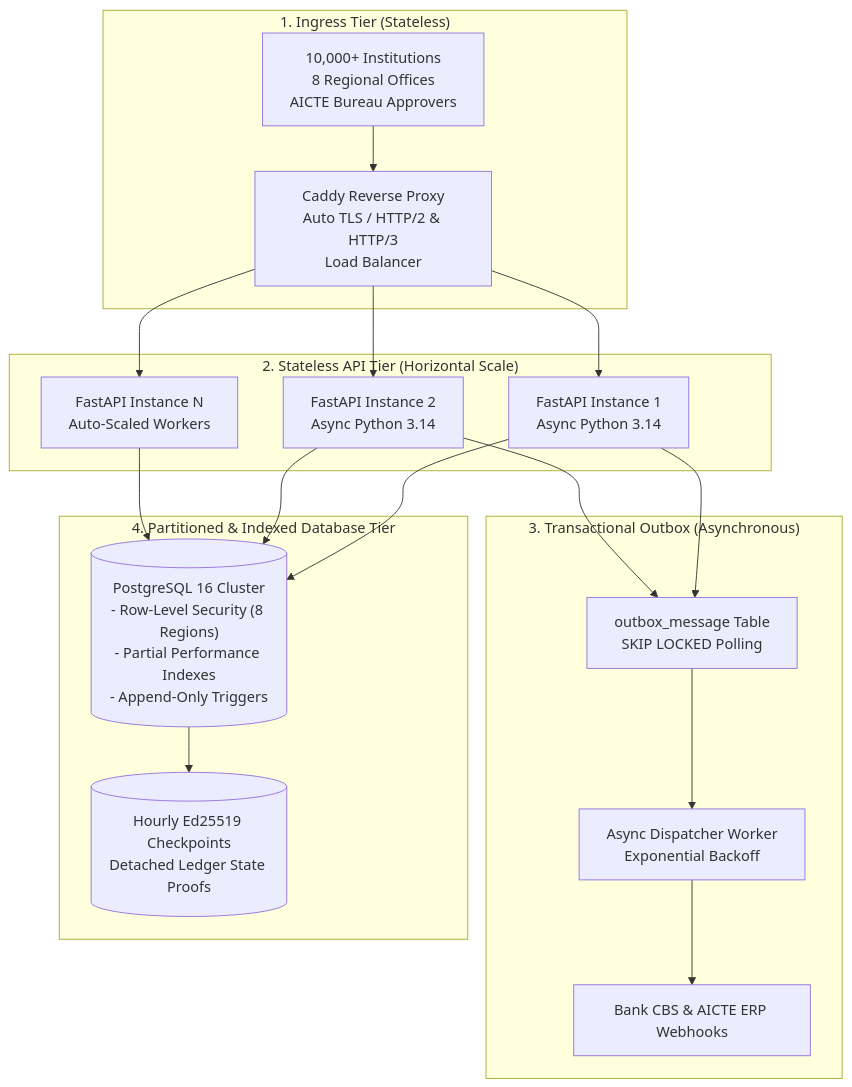
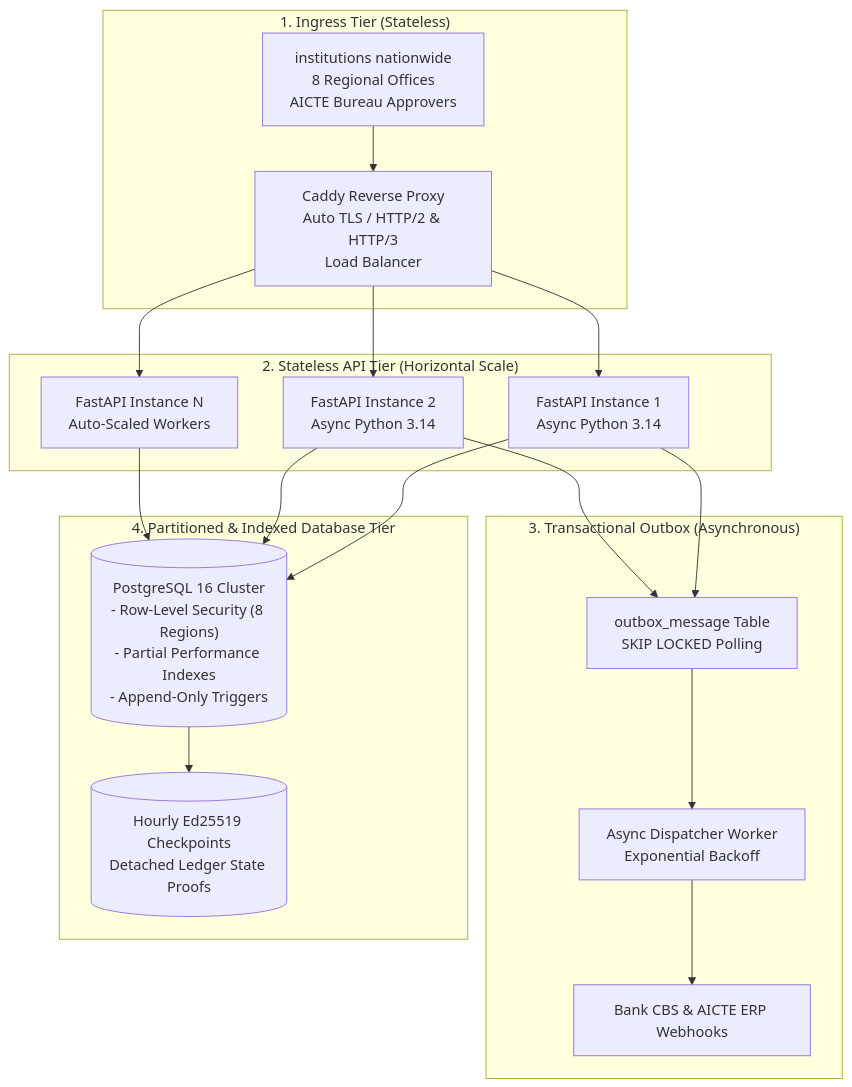
One commit to Sidd2721/AICTE- changed the second of 4 diagrams in docs/ENTERPRISE_PRODUCTION_AND_SCALABILITY_REPORT.md. Above: the diagram before and after it, drawn with Mermaid. The commit also changed other lines of this file and 24 other files, not shown here.

````diff
--- a/docs/ENTERPRISE_PRODUCTION_AND_SCALABILITY_REPORT.md
+++ b/docs/ENTERPRISE_PRODUCTION_AND_SCALABILITY_REPORT.md
@@ -77,37 +77,37 @@
 ```mermaid
 flowchart TD
     subgraph Ingress ["1. Ingress Tier (Stateless)"]
-        CLIENTS["10,000+ Institutions<br/>8 Regional Offices<br/>AICTE Bureau Approvers"]
+        CLIENTS["institutions nationwide<br/>8 Regional Offices<br/>AICTE Bureau Approvers"]
         CADDY["Caddy Reverse Proxy<br/>Auto TLS / HTTP/2 & HTTP/3<br/>Load Balancer"]
     end
 
     subgraph Compute ["2. Stateless API Tier (Horizontal Scale)"]
         API1["FastAPI Instance 1<br/>Async Python 3.14"]
         API2["FastAPI Instance 2<br/>Async Python 3.14"]
         API3["FastAPI Instance N<br/>Auto-Scaled Workers"]
     end
 
     subgraph OutboxQueue ["3. Transactional Outbox (Asynchronous)"]
         OUTBOX["outbox_message Table<br/>SKIP LOCKED Polling"]
         DISPATCH["Async Dispatcher Worker<br/>Exponential Backoff"]
         WEBHOOKS["Bank CBS & AICTE ERP Webhooks"]
     end
 
     subgraph Storage ["4. Partitioned & Indexed Database Tier"]
         DB[("PostgreSQL 16 Cluster<br/>- Row-Level Security (8 Regions)<br/>- Partial Performance Indexes<br/>- Append-Only Triggers")]
         CHECKPOINTS[("Hourly Ed25519 Checkpoints<br/>Detached Ledger State Proofs")]
     end
 
     CLIENTS --> CADDY
     CADDY --> API1
     CADDY --> API2
     CADDY --> API3
     API1 --> DB
     API2 --> DB
     API3 --> DB
     API1 --> OUTBOX
     API2 --> OUTBOX
     OUTBOX --> DISPATCH
     DISPATCH --> WEBHOOKS
     DB --> CHECKPOINTS
 ```
````
